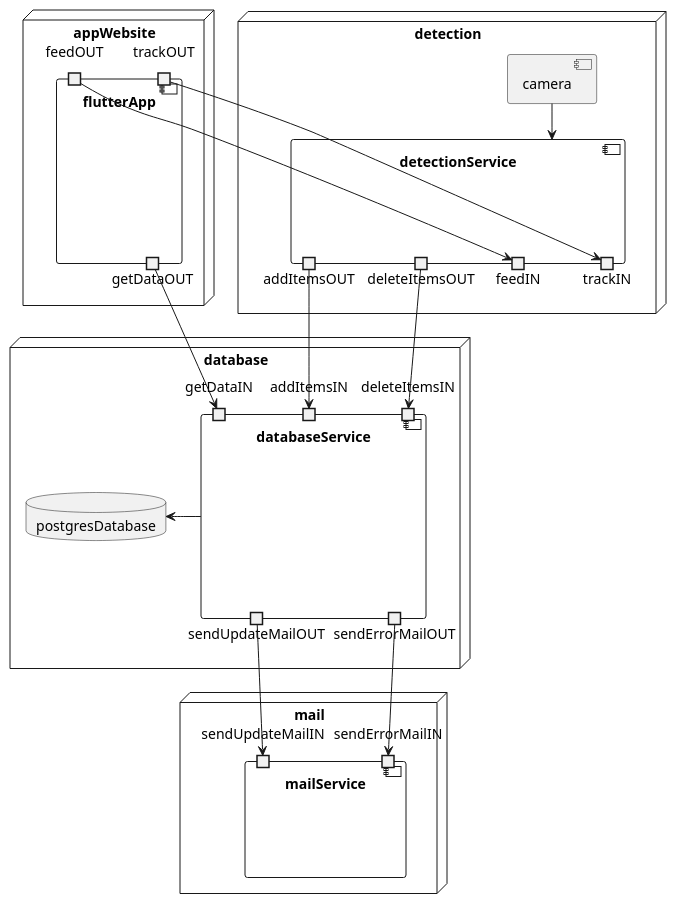
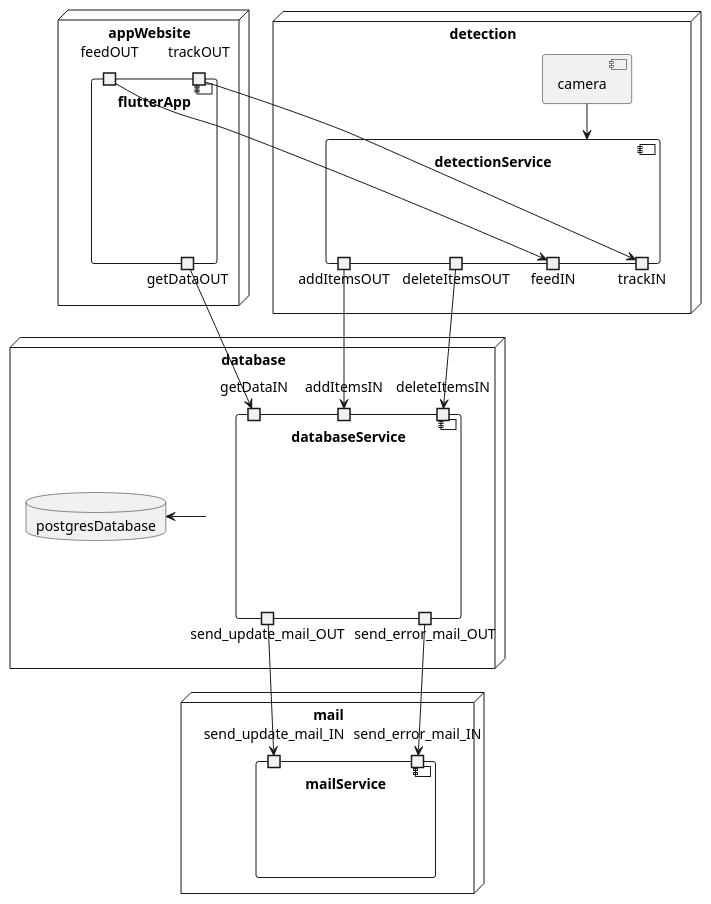
One commit to Marcey1611/stock-tracker-project-sysad-ws2425 changed the diagram in doc/documentation/componentsDiagramm.puml. Above: the diagram before and after it, drawn with PlantUML.

Commit message:
SYSAD-77: Updated project components diagram to latest changes at mailing service

```diff
--- a/doc/documentation/componentsDiagramm.puml
+++ b/doc/documentation/componentsDiagramm.puml
@@ -1,53 +1,53 @@
 @startuml
 
 node detection {
     component camera
     component detectionService {
         portout addItemsOUT
         portout deleteItemsOUT
         portout feedIN
         portout trackIN
     }
 }
 node database {
     database postgresDatabase
     component databaseService{
         portin addItemsIN
         portin deleteItemsIN
 
         portin getDataIN
 
-        portout sendUpdateMailOUT
-        portout sendErrorMailOUT
+        portout send_update_mail_OUT
+        portout send_error_mail_OUT
     }
 }
 node mail {
     component mailService{
-        portin sendUpdateMailIN
-        portin sendErrorMailIN
+        portin send_update_mail_IN
+        portin send_error_mail_IN
     }
 }
 node appWebsite {
     component flutterApp {
         portout getDataOUT
         portin feedOUT
         portin trackOUT
     }
 }
 
 camera -down-> detectionService
 
 addItemsOUT -down-> addItemsIN
 deleteItemsOUT -down-> deleteItemsIN
 
 getDataOUT -down-> getDataIN
 
 feedOUT -right-> feedIN
 trackOUT -right-> trackIN
 
-sendUpdateMailOUT -down-> sendUpdateMailIN
-sendErrorMailOUT -down-> sendErrorMailIN
+send_update_mail_OUT -down-> send_update_mail_IN
+send_error_mail_OUT -down-> send_error_mail_IN
 
 databaseService -left-> postgresDatabase
 
 @enduml
```
